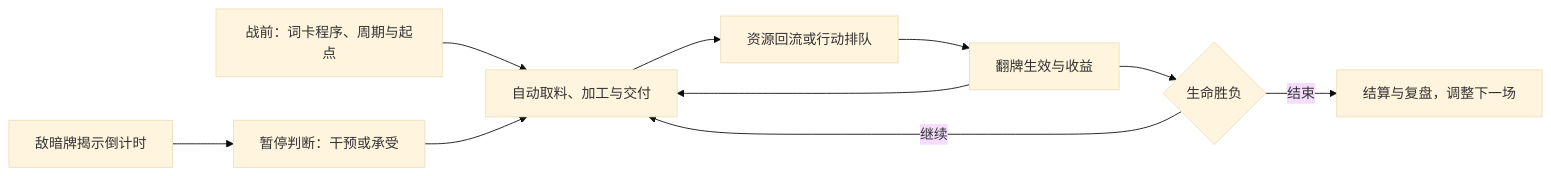
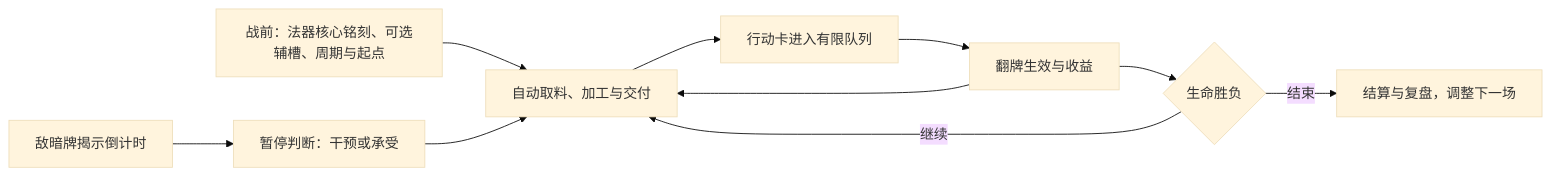
The diagram in yanzhou/design/GDD.md (dsaj4/game_design), drawn with Mermaid (base theme) before and after one commit. The commit also changed other lines of this file and 34 other files, not shown here.

````diff
--- a/yanzhou/design/GDD.md
+++ b/yanzhou/design/GDD.md
@@ -49,12 +50,12 @@
 ```mermaid
 flowchart LR
-    A[战前：词卡程序、周期与起点] --> B[自动取料、加工与交付]
-    B --> C[资源回流或行动排队]
+    A[战前：法器核心铭刻、可选辅槽、周期与起点] --> B[自动取料、加工与交付]
+    B --> C[行动卡进入有限队列]
     C --> D[翻牌生效与收益]
     D --> B
     E[敌暗牌揭示倒计时] --> F[暂停判断：干预或承受]
     F --> B
     D --> G{生命胜负}
     G -->|继续| B
     G -->|结束| H[结算与复盘，调整下一场]
 ```
````
